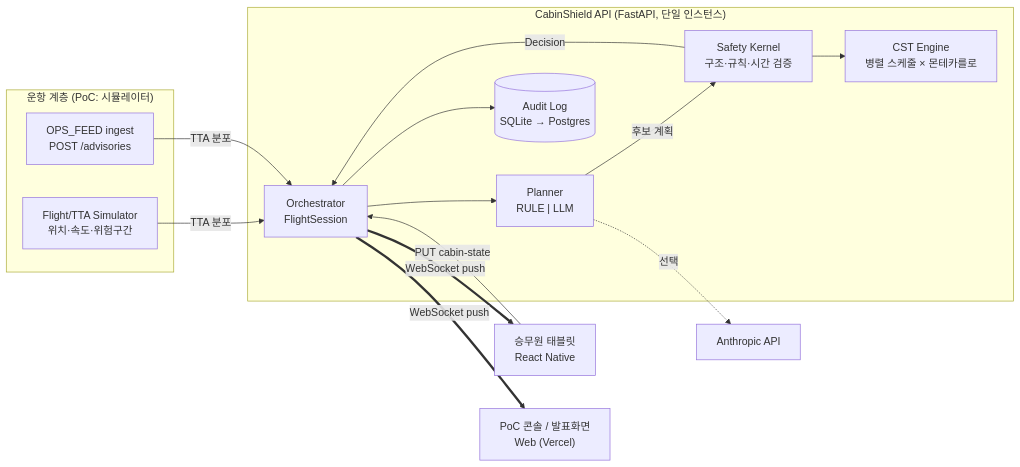
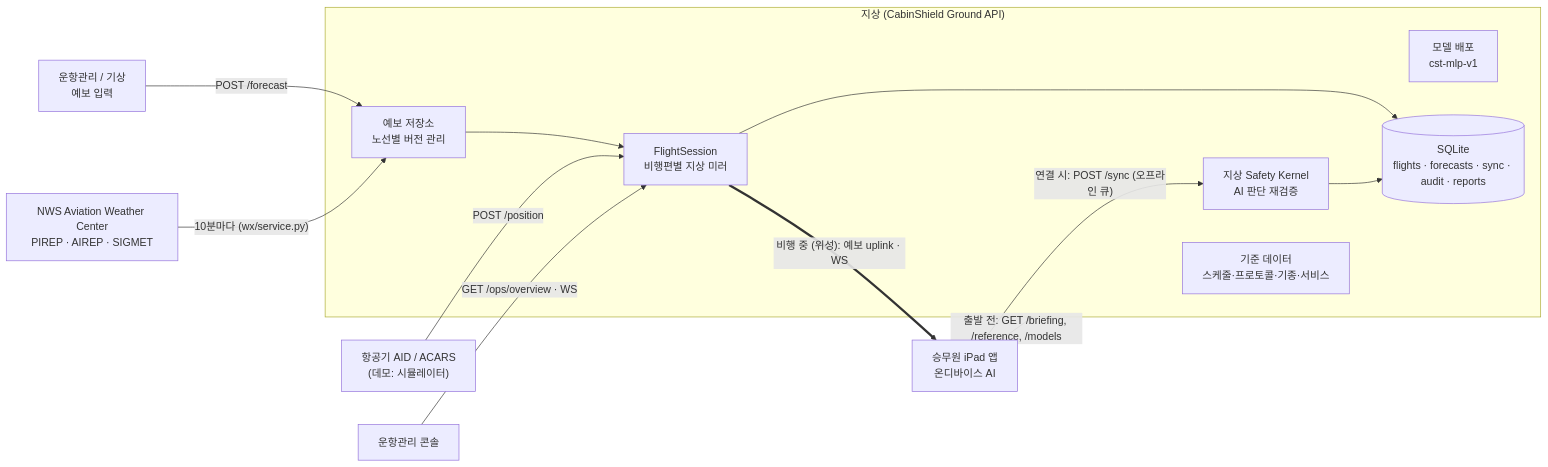
The first of 3 diagrams in docs/ARCHITECTURE.md (AeroFlux-BOEING/CabinShield-Backend), drawn with Mermaid before and after one commit. The commit also changed other lines of this file and 65 other files, not shown here.

````diff
--- a/docs/ARCHITECTURE.md
+++ b/docs/ARCHITECTURE.md
@@ -10,31 +8,22 @@
 ```mermaid
 flowchart LR
-  subgraph OPS["운항 계층 (PoC: 시뮬레이터)"]
-    SIM["Flight/TTA Simulator<br/>위치·속도·위험구간"]
-    OCC["OPS_FEED ingest<br/>POST /advisories"]
+  subgraph GROUND["지상 (CabinShield Ground API)"]
+    REF["기준 데이터<br/>스케줄·프로토콜·기종·서비스"]
+    FC["예보 저장소<br/>노선별 버전 관리"]
+    SES["FlightSession<br/>비행편별 지상 미러"]
+    KER["지상 Safety Kernel<br/>AI 판단 재검증"]
+    MOD["모델 배포<br/>cst-mlp-v1"]
+    DB[("SQLite<br/>flights · forecasts · sync · audit · reports")]
   end
-
-  subgraph API["CabinShield API (FastAPI, 단일 인스턴스)"]
-    ORCH["Orchestrator<br/>FlightSession"]
-    PLAN["Planner<br/>RULE | LLM"]
-    KERN["Safety Kernel<br/>구조·규칙·시간 검증"]
-    CST["CST Engine<br/>병렬 스케줄 × 몬테카를로"]
-    AUD[("Audit Log<br/>SQLite → Postgres")]
-  end
-
-  TAB["승무원 태블릿<br/>React Native"]
-  CON["PoC 콘솔 / 발표화면<br/>Web (Vercel)"]
-  LLM["Anthropic API"]
-
-  SIM -- TTA 분포 --> ORCH
-  OCC -- TTA 분포 --> ORCH
-  TAB -- PUT cabin-state --> ORCH
-  ORCH --> PLAN
-  PLAN -. 선택 .-> LLM
-  PLAN -- 후보 계획 --> KERN
-  KERN --> CST
-  KERN -- Decision --> ORCH
-  ORCH --> AUD
-  ORCH == WebSocket push ==> TAB
-  ORCH == WebSocket push ==> CON
+  OPS["운항관리 / 기상<br/>예보 입력"] -- POST /forecast --> FC
+  AWC["NWS Aviation Weather Center<br/>PIREP · AIREP · SIGMET"] -- "10분마다 (wx/service.py)" --> FC
+  ACARS["항공기 AID / ACARS<br/>(데모: 시뮬레이터)"] -- POST /position --> SES
+  FC --> SES
+  SES --> DB
+  KER --> DB
+  TAB["승무원 iPad 앱<br/>온디바이스 AI"]
+  TAB -- "출발 전: GET /briefing, /reference, /models" --> GROUND
+  SES == "비행 중 (위성): 예보 uplink · WS" ==> TAB
+  TAB -- "연결 시: POST /sync (오프라인 큐)" --> KER
+  CON["운항관리 콘솔"] -- "GET /ops/overview · WS" --> SES
 ```
````
